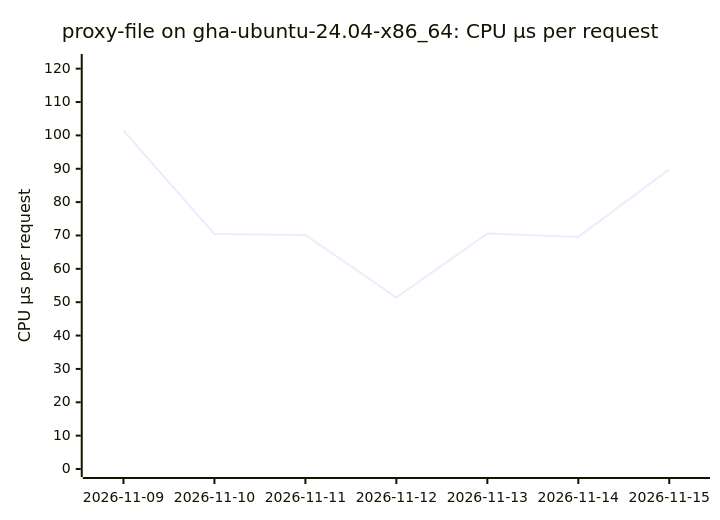
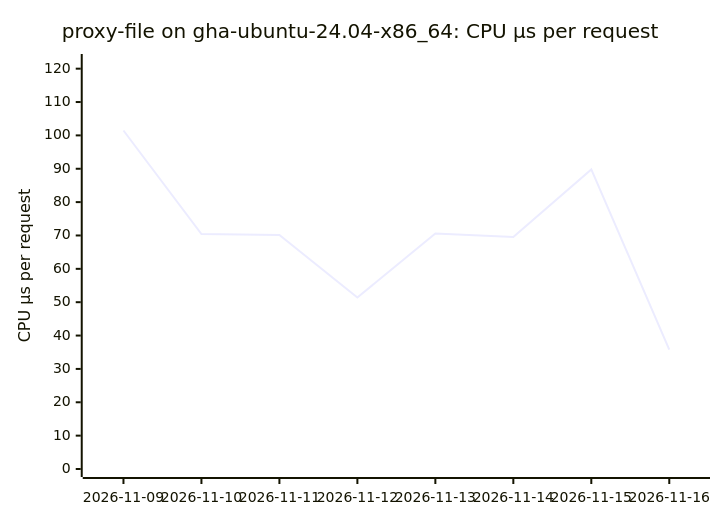
The seventh of 18 diagrams in BENCHMARKS.md (ThePixelPilgrim/durchlauferhitzer), drawn with Mermaid before and after one commit. The commit also changed other lines of this file and 1 other file, not shown here.

````diff
--- a/BENCHMARKS.md
+++ b/BENCHMARKS.md
@@ -86,7 +86,7 @@
 ```mermaid
 xychart-beta
   title "proxy-file on gha-ubuntu-24.04-x86_64: CPU µs per request"
-  x-axis ["2026-11-09", "2026-11-10", "2026-11-11", "2026-11-12", "2026-11-13", "2026-11-14", "2026-11-15"]
+  x-axis ["2026-11-09", "2026-11-10", "2026-11-11", "2026-11-12", "2026-11-13", "2026-11-14", "2026-11-15", "2026-11-16"]
   y-axis "CPU µs per request" 0 --> 122
-  line [101.47, 70.43, 70.16, 51.41, 70.59, 69.57, 89.81]
+  line [101.47, 70.43, 70.16, 51.41, 70.59, 69.57, 89.81, 35.79]
 ```
````
